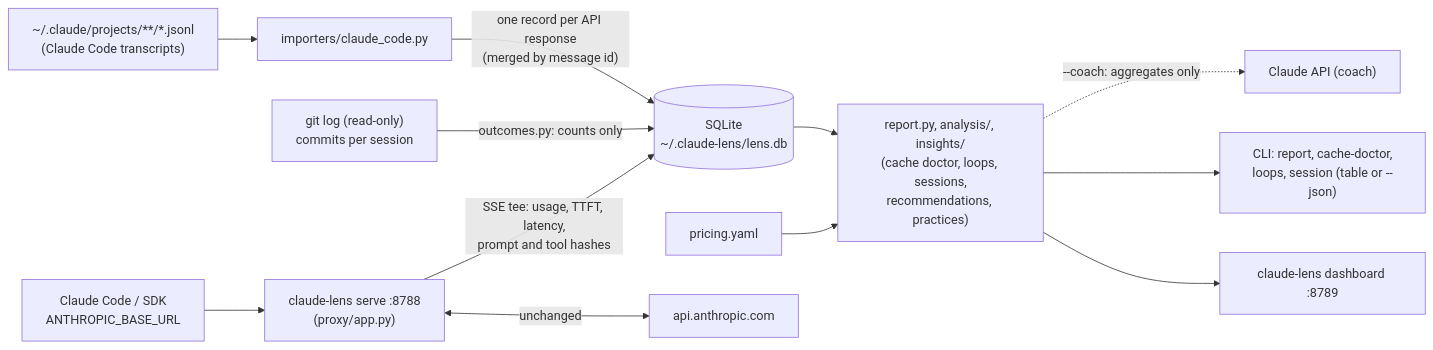
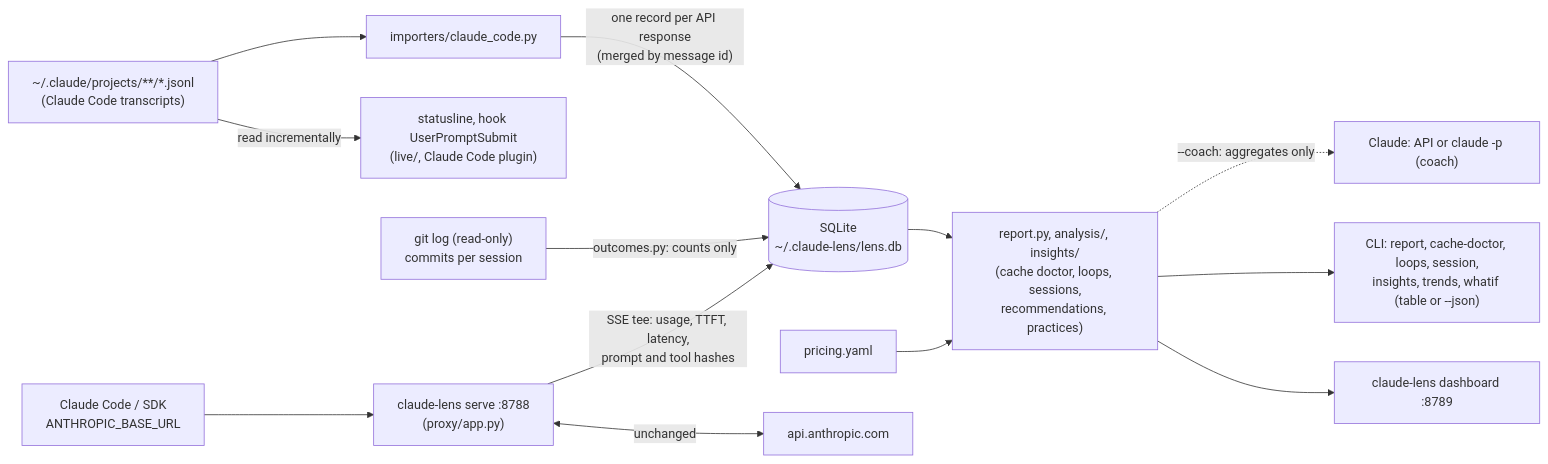
One commit to rkrzywiecki/claude-lens changed the diagram in README.md. Above: the diagram before and after it, drawn with Mermaid. The commit also changed other lines of this file and 2 other files, not shown here.

First line of the commit message:
Bring README and architecture docs up to date

````diff
--- a/README.md
+++ b/README.md
@@ -18,14 +21,15 @@
 ```mermaid
 flowchart LR
     T["~/.claude/projects/**/*.jsonl<br/>(Claude Code transcripts)"] --> I[importers/claude_code.py]
     I -->|"one record per API response<br/>(merged by message id)"| S[(SQLite<br/>~/.claude-lens/lens.db)]
     S --> R["report.py, analysis/, insights/<br/>(cache doctor, loops, sessions,<br/>recommendations, practices)"]
-    R -.->|"--coach: aggregates only"| CO["Claude API (coach)"]
+    R -.->|"--coach: aggregates only"| CO["Claude: API or claude -p (coach)"]
+    T -->|"read incrementally"| L["statusline, hook UserPromptSubmit<br/>(live/, Claude Code plugin)"]
     P[pricing.yaml] --> R
     G["git log (read-only)<br/>commits per session"] -->|"outcomes.py: counts only"| S
-    R --> C["CLI: report, cache-doctor,<br/>loops, session (table or --json)"]
+    R --> C["CLI: report, cache-doctor, loops, session,<br/>insights, trends, whatif (table or --json)"]
     R --> D["claude-lens dashboard :8789"]
     CL["Claude Code / SDK<br/>ANTHROPIC_BASE_URL"] --> X["claude-lens serve :8788<br/>(proxy/app.py)"]
     X <-->|"unchanged"| A[api.anthropic.com]
     X -->|"SSE tee: usage, TTFT, latency,<br/>prompt and tool hashes"| S
 ```
````
